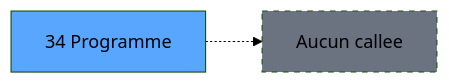
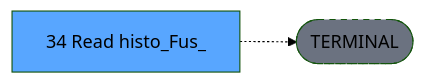
The third of 3 diagrams in .openspec/renders/ADH-IDE-34.md (thonyAGP/lecteur-magic), drawn with Mermaid (forest theme) before and after one commit. The commit also changed other lines of this file and 701 other files, not shown here.

````diff
--- a/.openspec/renders/ADH-IDE-34.md
+++ b/.openspec/renders/ADH-IDE-34.md
@@ -136,8 +134,8 @@
 ```mermaid
 graph LR
-    T[34 Programme]
-    NONE[Aucun callee]
-    T -.-> NONE
+    T[34 Read histo_Fus_]
+    TERM([TERMINAL])
+    T -.-> TERM
+    style TERM fill:#6b7280,stroke-dasharray: 5 5
     style T fill:#58a6ff,color:#000
-    style NONE fill:#6b7280,stroke-dasharray: 5 5
 ```
````
